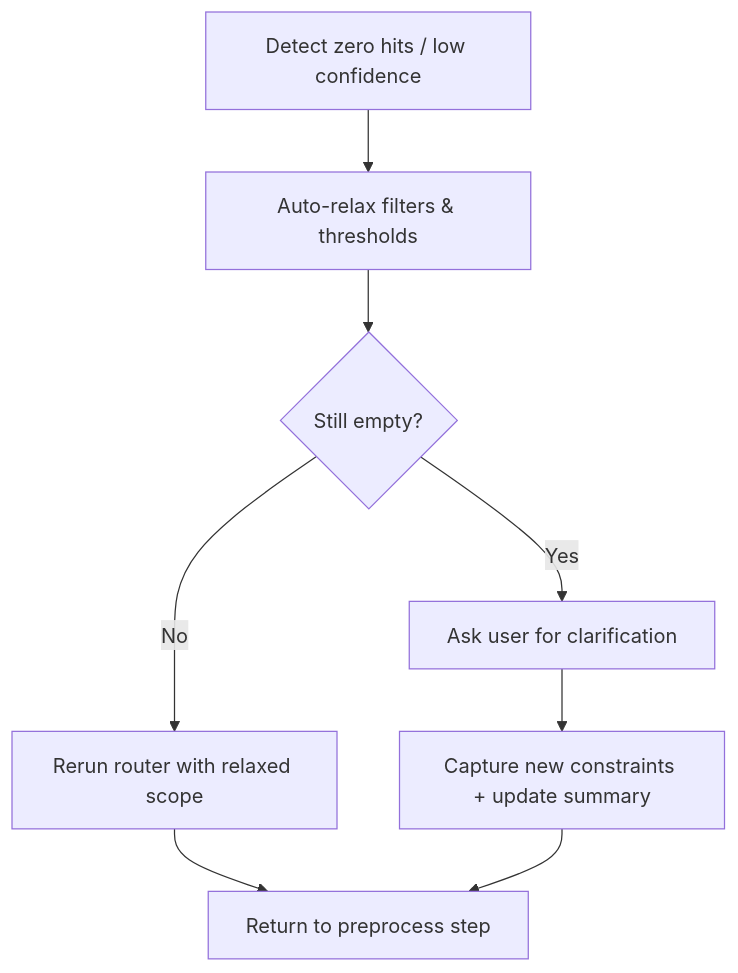
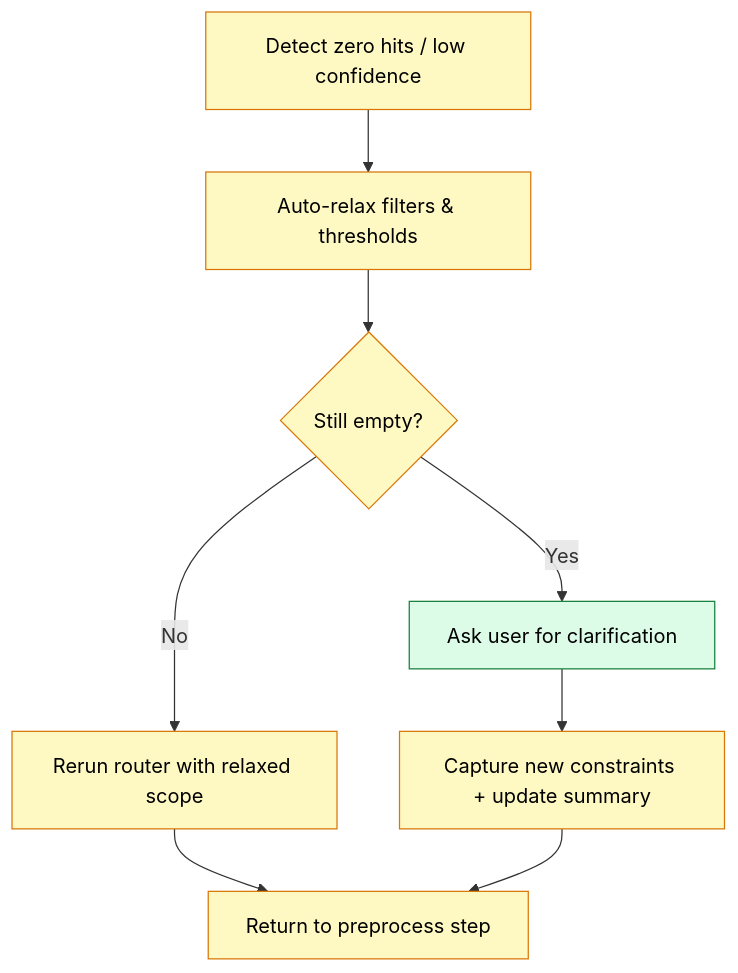
The third of 3 diagrams in docs/architecture/rag_workflow.md (nobody-qwert/zzz_rag_xxx), drawn with Mermaid before and after one commit. The commit also changed other lines of this file, not shown here.

````diff
--- a/docs/architecture/rag_workflow.md
+++ b/docs/architecture/rag_workflow.md
@@ -107,13 +128,21 @@
 ```mermaid
 flowchart TD
     DETECT[Detect zero hits / low confidence]
     DETECT --> AUTORELAX[Auto-relax filters & thresholds]
     AUTORELAX --> RETRY{Still empty?}
 
     RETRY -->|No| RERUN[Rerun router with relaxed scope]
     RERUN --> PREPROCESS[Return to preprocess step]
 
     RETRY -->|Yes| ASK[Ask user for clarification]
     ASK --> CAPTURE[Capture new constraints + update summary]
     CAPTURE --> PREPROCESS
+
+    style DETECT fill:#fef9c3,stroke:#d97706,color:#000
+    style AUTORELAX fill:#fef9c3,stroke:#d97706,color:#000
+    style RETRY fill:#fef9c3,stroke:#d97706,color:#000
+    style RERUN fill:#fef9c3,stroke:#d97706,color:#000
+    style PREPROCESS fill:#fef9c3,stroke:#d97706,color:#000
+    style ASK fill:#dcfce7,stroke:#15803d,color:#000
+    style CAPTURE fill:#fef9c3,stroke:#d97706,color:#000
 ```
````
